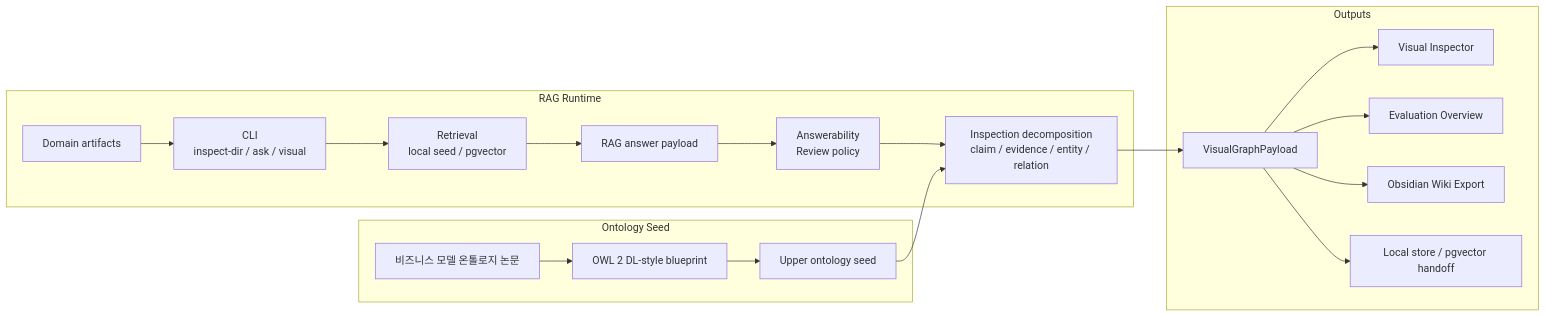
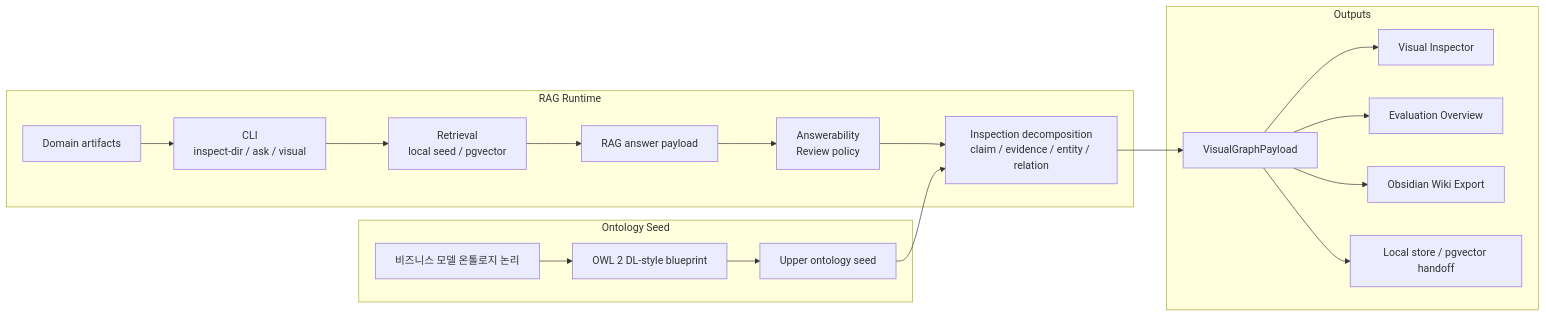
One commit to jungyonghi/bike-onto changed the third of 3 diagrams in README.md. Above: the diagram before and after it, drawn with Mermaid. The commit also changed other lines of this file and 2 other files, not shown here.

````diff
--- a/README.md
+++ b/README.md
@@ -353,33 +353,33 @@
 ```mermaid
 flowchart LR
     subgraph S[Ontology Seed]
-        BMO[비즈니스 모델 온톨로지 논문]
+        BMO[비즈니스 모델 온톨로지 논리]
         BP[OWL 2 DL-style blueprint]
         US[Upper ontology seed]
         BMO --> BP --> US
     end
 
     subgraph R[RAG Runtime]
         DA[Domain artifacts]
         CLI[CLI\ninspect-dir / ask / visual]
         RET[Retrieval\nlocal seed / pgvector]
         PAY[RAG answer payload]
         POL[Answerability\nReview policy]
         DEC[Inspection decomposition\nclaim / evidence / entity / relation]
         DA --> CLI --> RET --> PAY --> POL --> DEC
         US --> DEC
     end
 
     subgraph O[Outputs]
         VGP[VisualGraphPayload]
         VI[Visual Inspector]
         EV[Evaluation Overview]
         OW[Obsidian Wiki Export]
         DB[Local store / pgvector handoff]
         DEC --> VGP
         VGP --> VI
         VGP --> EV
         VGP --> OW
         VGP --> DB
     end
 ```
````
